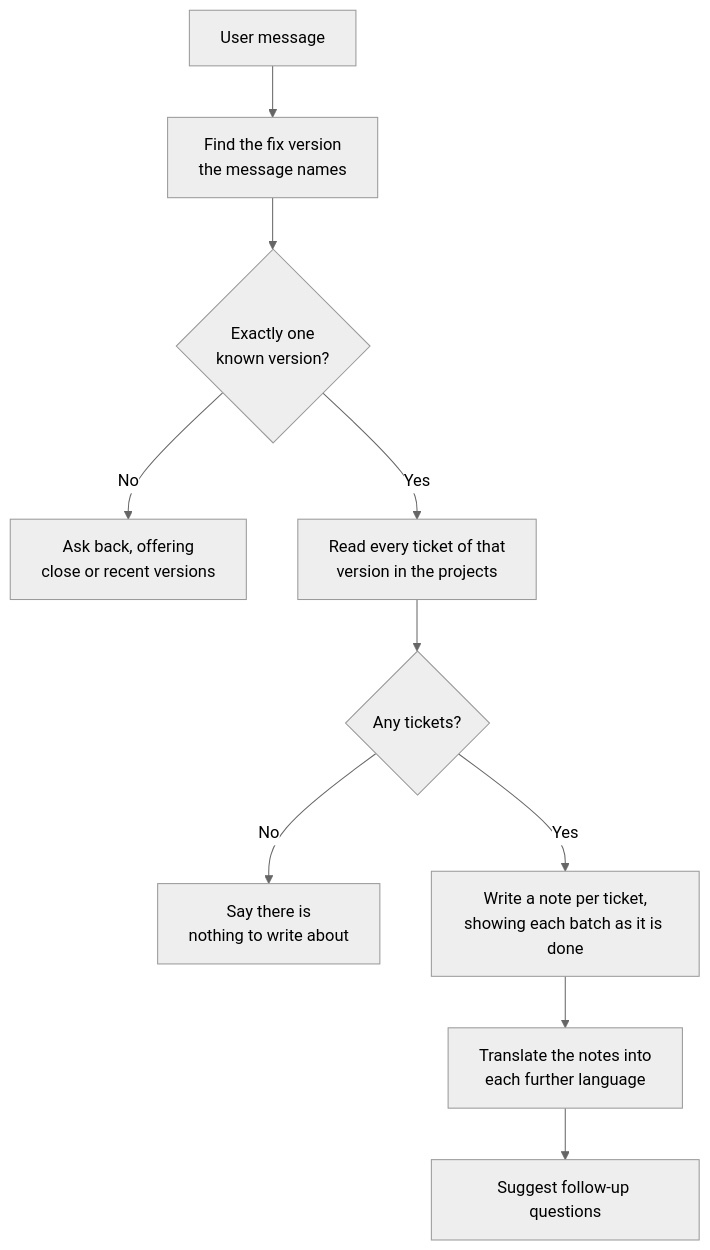
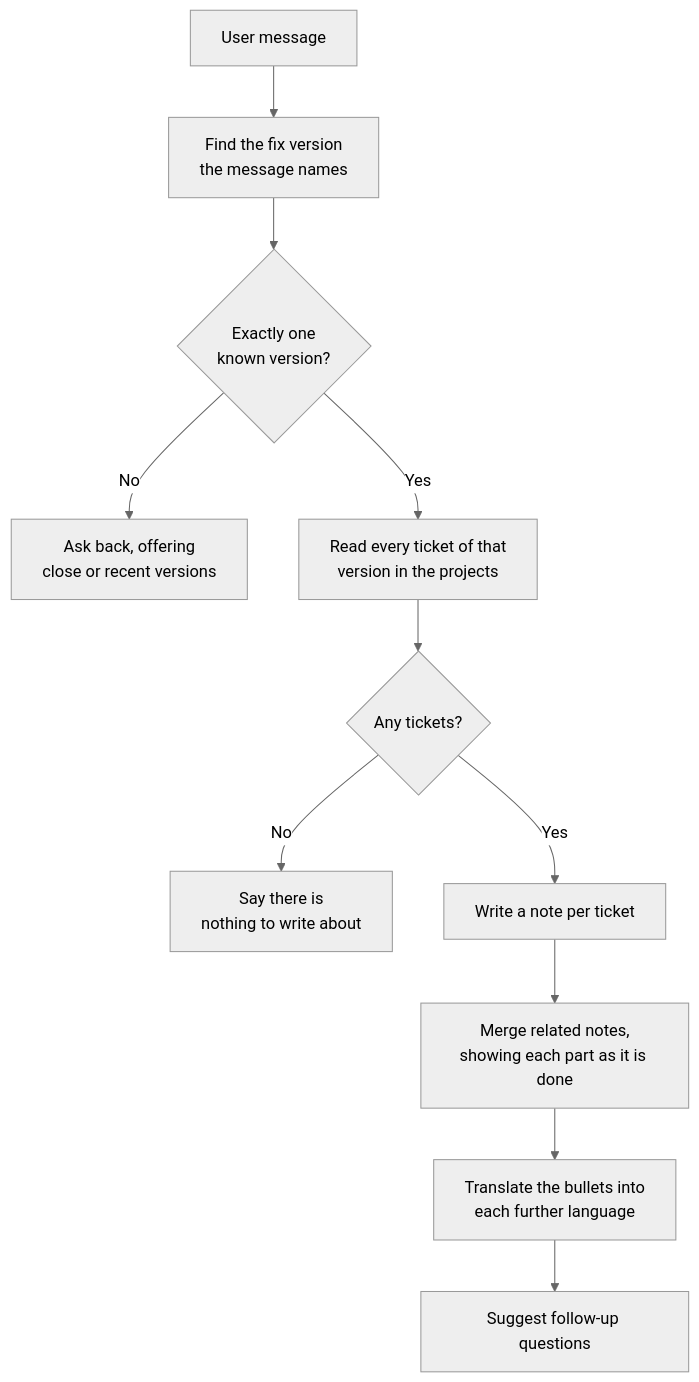
One commit to bbvch-ai/aihub-core changed the diagram in docs/docs/2_platform/5_agents/14_release_notes_assistant/index.en.md. Above: the diagram before and after it, drawn with Mermaid (neutral theme). The commit also changed other lines of this file and 24 other files, not shown here.

Commit message:
feat(swiss-ai-hub): Merge related tickets into one release notes bullet

````diff
--- a/docs/docs/2_platform/5_agents/14_release_notes_assistant/index.en.md
+++ b/docs/docs/2_platform/5_agents/14_release_notes_assistant/index.en.md
@@ -23,12 +23,13 @@
 ```mermaid
 flowchart TD
     A[User message] --> B[Find the fix version<br/>the message names]
     B --> C{Exactly one<br/>known version?}
     C -- No --> D[Ask back, offering<br/>close or recent versions]
     C -- Yes --> E[Read every ticket of that<br/>version in the projects]
     E --> F{Any tickets?}
     F -- No --> G[Say there is<br/>nothing to write about]
-    F -- Yes --> H[Write a note per ticket,<br/>showing each batch as it is done]
-    H --> I[Translate the notes into<br/>each further language]
+    F -- Yes --> H[Write a note per ticket]
+    H --> M[Merge related notes,<br/>showing each part as it is done]
+    M --> I[Translate the bullets into<br/>each further language]
     I --> J[Suggest follow-up questions]
 ```
````
